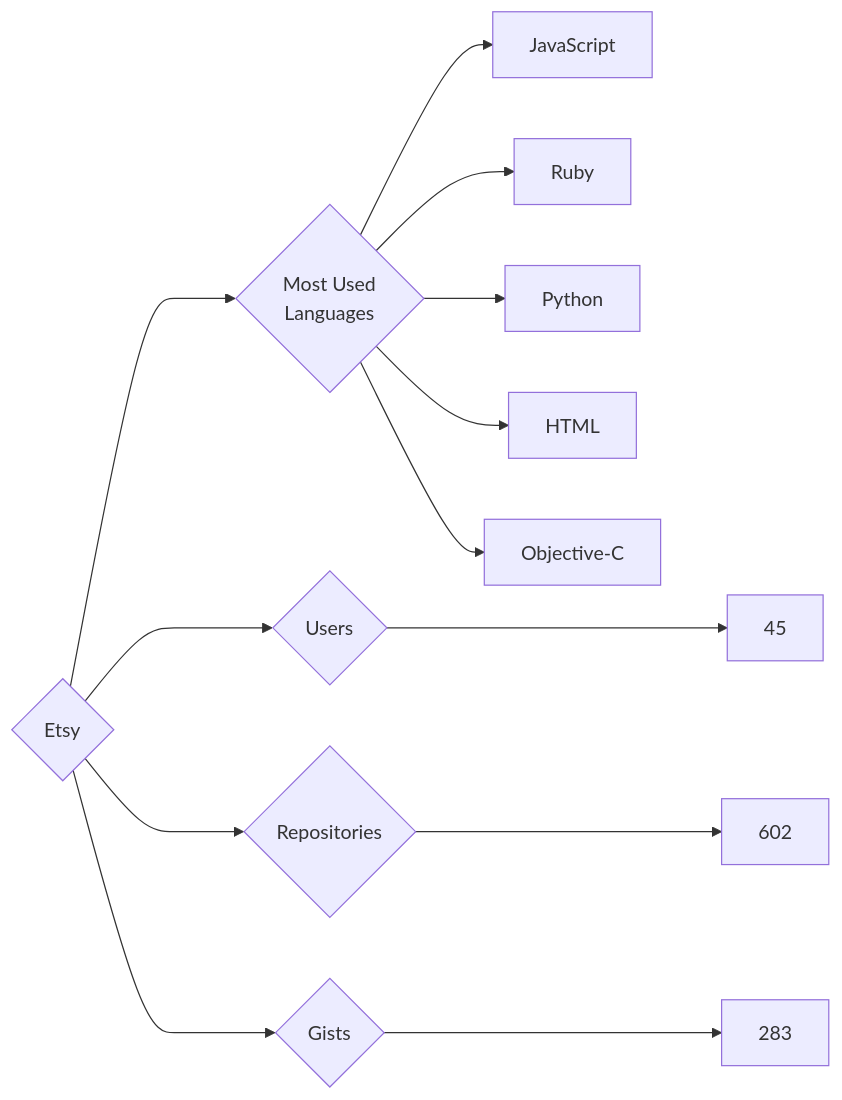
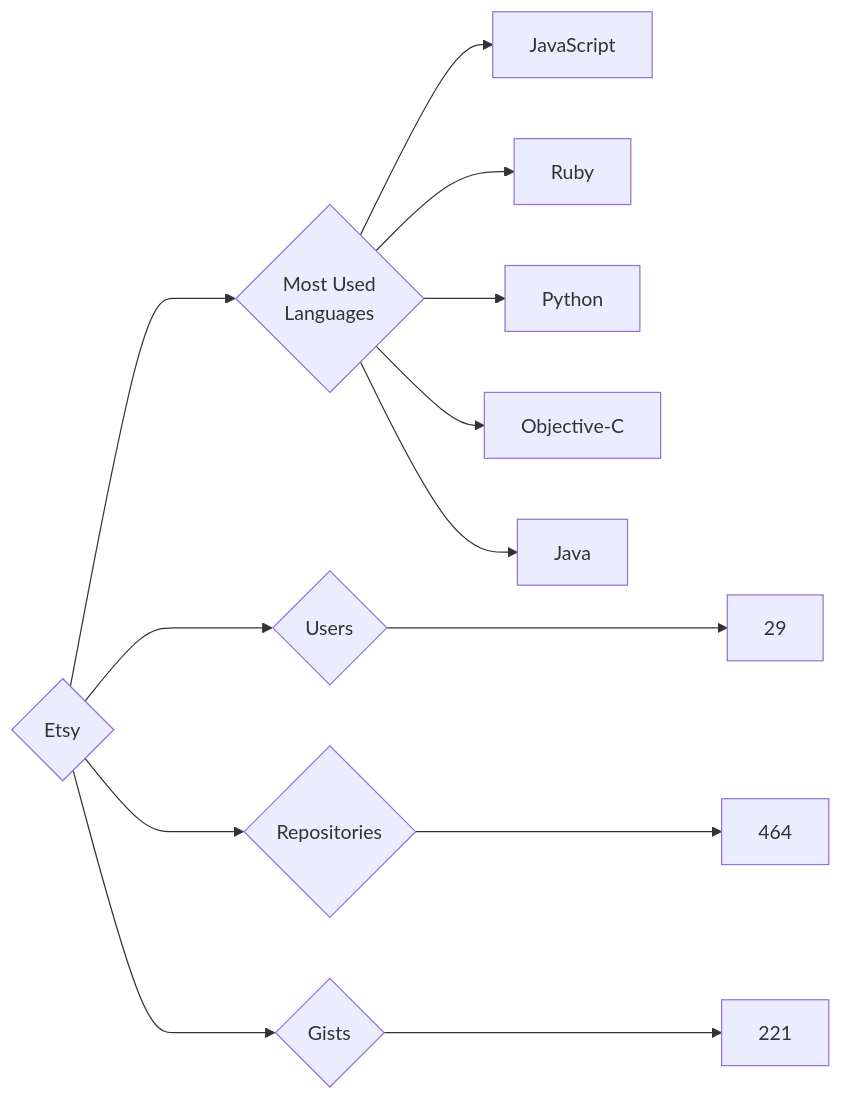
The diagram in targets/Etsy/README.md (trickest/insiders), drawn with Mermaid before and after one commit. The commit also changed 932 other files, not shown here.

````diff
--- a/targets/Etsy/README.md
+++ b/targets/Etsy/README.md
@@ -3,13 +3,13 @@
 ```mermaid
 graph LR
 COMPANY_NAME{Etsy}
-COMPANY_NAME ---> U{Users} ---> UN[45]
-COMPANY_NAME ---> R{Repositories} ---> RN[602]
-COMPANY_NAME ---> G{Gists} ---> GN[283]
+COMPANY_NAME ---> U{Users} ---> UN[29]
+COMPANY_NAME ---> R{Repositories} ---> RN[464]
+COMPANY_NAME ---> G{Gists} ---> GN[221]
 COMPANY_NAME ---> ML{Most Used<br>Languages}
 ML --> JavaScript[JavaScript]
 ML --> Ruby[Ruby]
 ML --> Python[Python]
-ML --> HTML[HTML]
 ML --> Objective-C[Objective-C]
+ML --> Java[Java]
 ```
````
